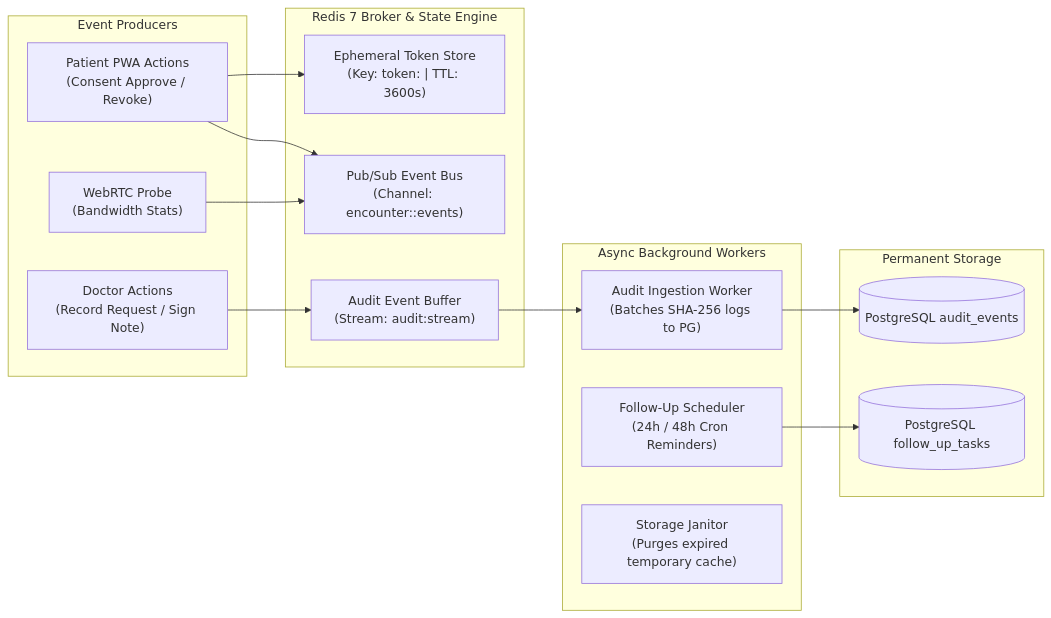
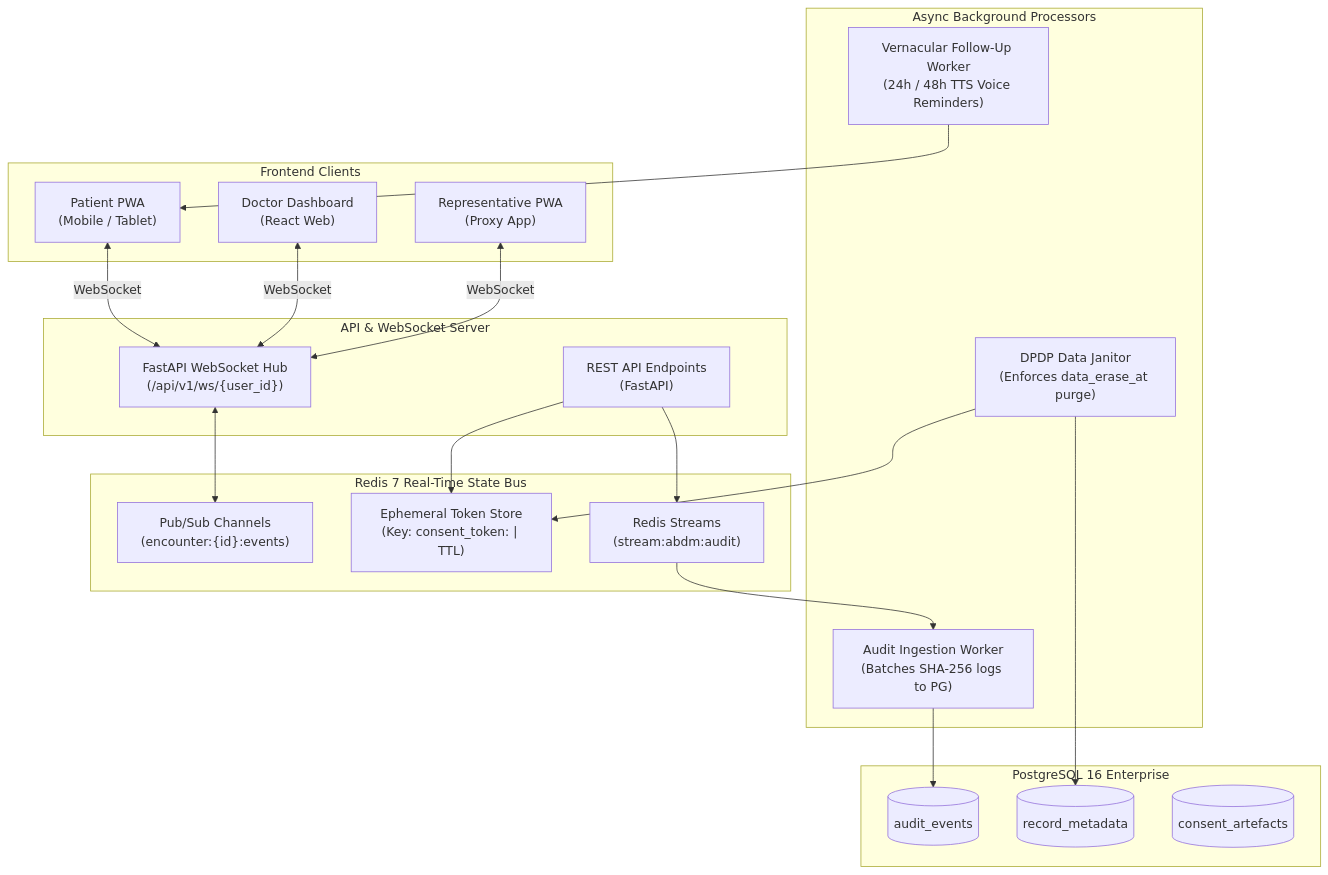
Before and after one commit to Arsh-03/swasthyasetu_ai: the fifth of 5 diagrams in docs/02_data/data_pipelines.md, drawn with Mermaid. The commit also changed other lines of this file and 4 other files, not shown here.

````diff
--- a/docs/02_data/data_pipelines.md
+++ b/docs/02_data/data_pipelines.md
@@ -11,35 +137,47 @@
 ```mermaid
-flowchart LR
-    subgraph EventProducers["Event Producers"]
-        W1["Patient PWA Actions\n(Consent Approve / Revoke)"]
-        W2["Doctor Actions\n(Record Request / Sign Note)"]
-        W3["WebRTC Probe\n(Bandwidth Stats)"]
+flowchart TD
+    subgraph ClientLayer["Frontend Clients"]
+        DOC["Doctor Dashboard\n(React Web)"]
+        PAT["Patient PWA\n(Mobile / Tablet)"]
+        REP["Representative PWA\n(Proxy App)"]
     end
 
-    subgraph RealTimeBroker["Redis 7 Broker & State Engine"]
-        R_TOKEN["Ephemeral Token Store\n(Key: token:<hash> | TTL: 3600s)"]
-        R_PUBSUB["Pub/Sub Event Bus\n(Channel: encounter:<id>:events)"]
-        R_STREAM["Audit Event Buffer\n(Stream: audit:stream)"]
+    subgraph GatewayLayer["API & WebSocket Server"]
+        WS_SRV["FastAPI WebSocket Hub\n(/api/v1/ws/{user_id})"]
+        REST_API["REST API Endpoints\n(FastAPI)"]
     end
 
-    subgraph Workers["Async Background Workers"]
-        AUDIT_WORKER["Audit Ingestion Worker\n(Batches SHA-256 logs to PG)"]
-        NOTIF_WORKER["Follow-Up Scheduler\n(24h / 48h Cron Reminders)"]
-        CLEANUP_WORKER["Storage Janitor\n(Purges expired temporary cache)"]
+    subgraph StateLayer["Redis 7 Real-Time State Bus"]
+        PS_EVENTS["Pub/Sub Channels\n(encounter:{id}:events)"]
+        VAULT["Ephemeral Token Store\n(Key: consent_token:<hash> | TTL)"]
+        STREAMS["Redis Streams\n(stream:abdm:audit)"]
     end
 
-    subgraph Persistence["Permanent Storage"]
-        PG_AUDIT[(PostgreSQL audit_events)]
-        PG_TASKS[(PostgreSQL follow_up_tasks)]
+    subgraph WorkerPool["Async Background Processors"]
+        W_AUDIT["Audit Ingestion Worker\n(Batches SHA-256 logs to PG)"]
+        W_ERASE["DPDP Data Janitor\n(Enforces data_erase_at purge)"]
+        W_NOTIF["Vernacular Follow-Up Worker\n(24h / 48h TTS Voice Reminders)"]
     end
 
-    W1 --> R_TOKEN
-    W1 --> R_PUBSUB
-    W2 --> R_STREAM
-    W3 --> R_PUBSUB
+    subgraph DB["PostgreSQL 16 Enterprise"]
+        PG_AUDIT[(audit_events)]
+        PG_RECS[(record_metadata)]
+        PG_CONS[(consent_artefacts)]
+    end
 
-    R_STREAM --> AUDIT_WORKER
-    AUDIT_WORKER --> PG_AUDIT
-    
-    NOTIF_WORKER --> PG_TASKS
+    PAT <-->|WebSocket| WS_SRV
+    DOC <-->|WebSocket| WS_SRV
+    REP <-->|WebSocket| WS_SRV
+
+    WS_SRV <--> PS_EVENTS
+    REST_API --> VAULT
+    REST_API --> STREAMS
+
+    STREAMS --> W_AUDIT
+    W_AUDIT --> PG_AUDIT
+
+    W_ERASE --> VAULT
+    W_ERASE --> PG_RECS
+
+    W_NOTIF --> PAT
 ```
````
